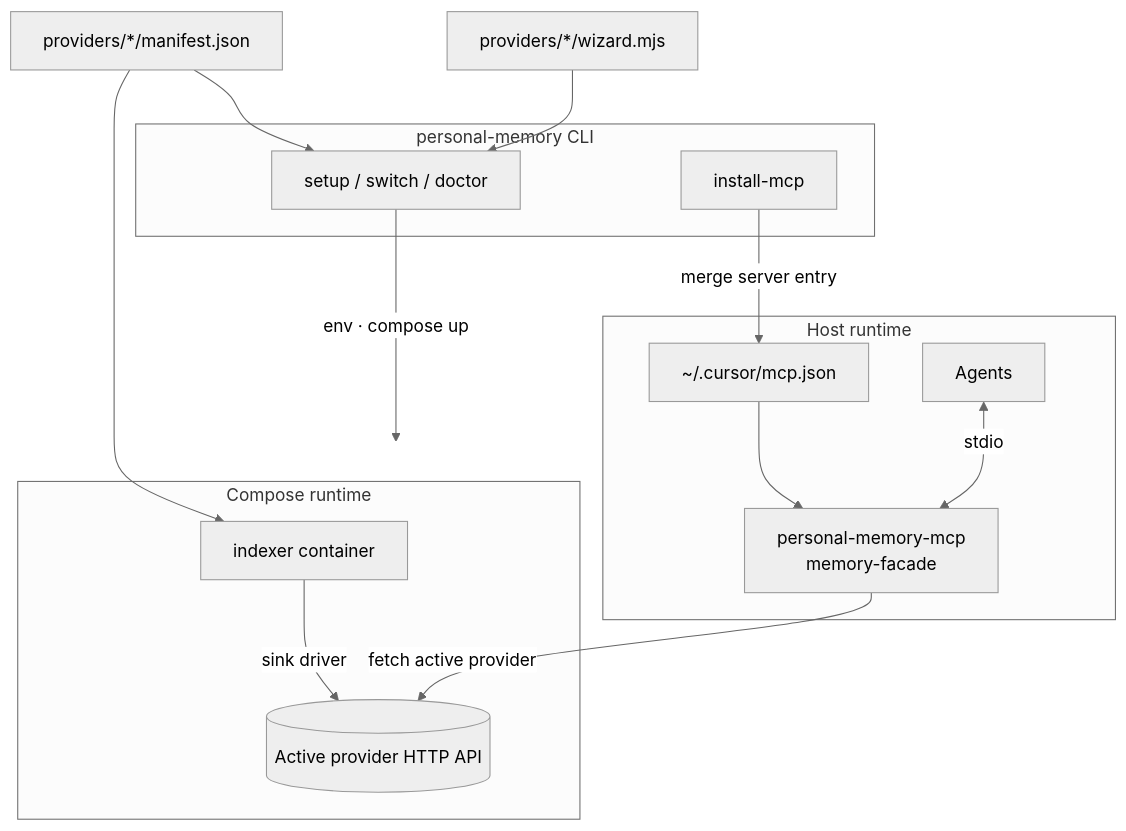
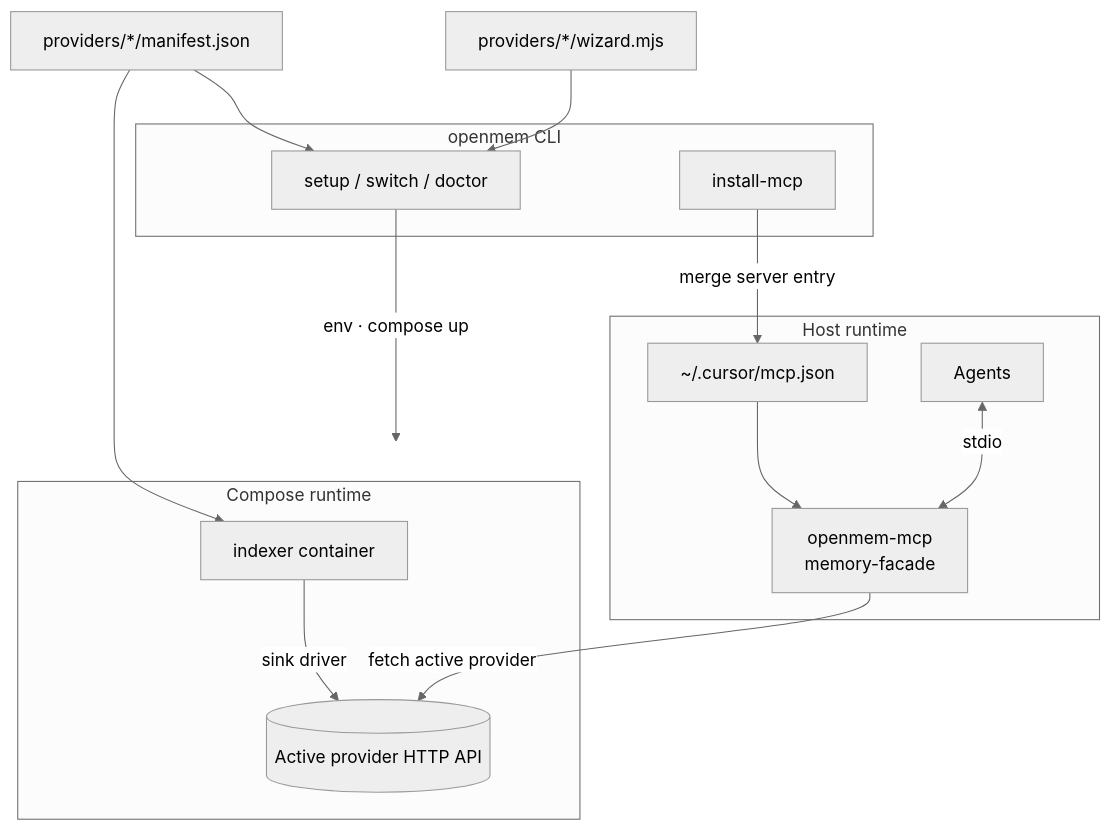
The second of 2 diagrams in docs/architecture.md (bcmyguest/openmem), drawn with Mermaid (neutral theme) before and after one commit. The commit also changed other lines of this file and 122 other files, not shown here.

First line of the commit message:
feat(openmem): finish rebrand, concepts docs, and MCP listing metadata (v0.6.1)

````diff
--- a/docs/architecture.md
+++ b/docs/architecture.md
@@ -71,31 +73,31 @@
 ```mermaid
 flowchart TB
   MAN["providers/*/manifest.json"]
   HOOK["providers/*/wizard.mjs"]
 
-  subgraph cli["personal-memory CLI"]
+  subgraph cli["openmem CLI"]
     W[setup / switch / doctor]
     IM[install-mcp]
   end
 
   subgraph compose["Compose runtime"]
     IDX[indexer container]
     API[(Active provider HTTP API)]
     IDX -->|sink driver| API
   end
 
   subgraph host["Host runtime"]
     MCPJ["~/.cursor/mcp.json"]
-    UMCP[personal-memory-mcp\nmemory-facade]
+    UMCP[openmem-mcp\nmemory-facade]
     AG[Agents]
   end
 
   MAN --> W
   MAN --> IDX
   HOOK --> W
   W -->|env · compose up| compose
   IM -->|merge server entry| MCPJ
   MCPJ --> UMCP
   AG <-->|stdio| UMCP
   UMCP -->|fetch active provider| API
 ```
````
